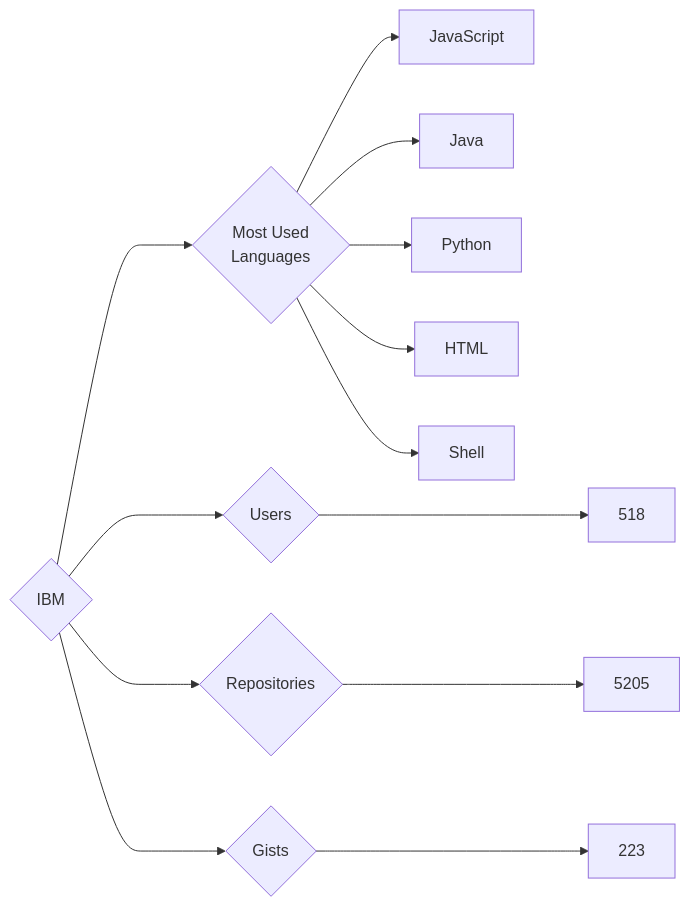
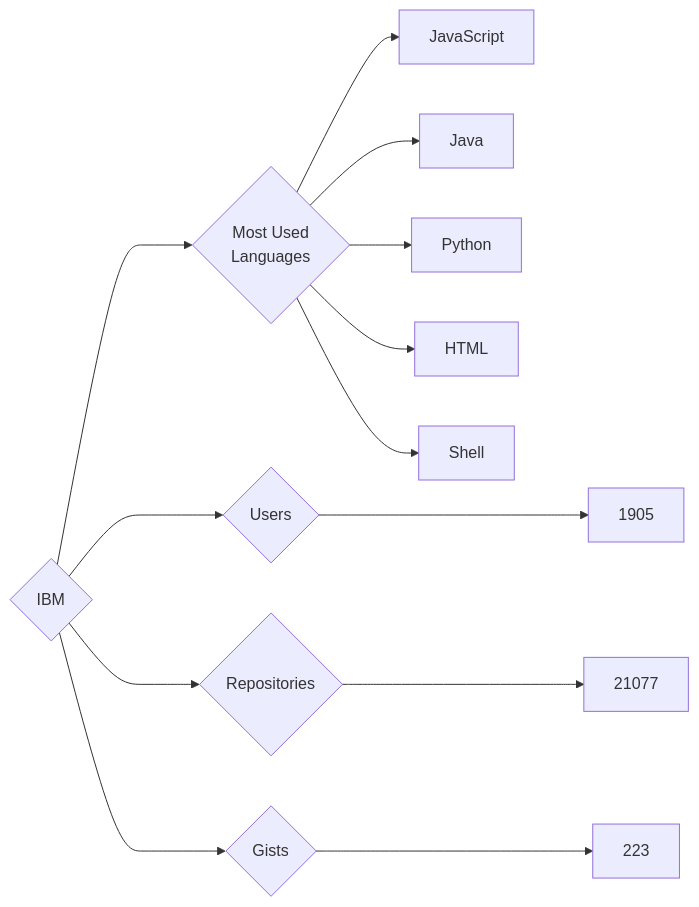
One commit to trickest/insiders changed the diagram in targets/IBM/README.md. Above: the diagram before and after it, drawn with Mermaid. The commit also changed 1020 other files, not shown here.

````diff
--- a/targets/IBM/README.md
+++ b/targets/IBM/README.md
@@ -3,13 +3,13 @@
 ```mermaid
 graph LR
 COMPANY_NAME{IBM}
-COMPANY_NAME ---> U{Users} ---> UN[518]
-COMPANY_NAME ---> R{Repositories} ---> RN[5205]
+COMPANY_NAME ---> U{Users} ---> UN[1905]
+COMPANY_NAME ---> R{Repositories} ---> RN[21077]
 COMPANY_NAME ---> G{Gists} ---> GN[223]
 COMPANY_NAME ---> ML{Most Used<br>Languages}
 ML --> JavaScript[JavaScript]
 ML --> Java[Java]
 ML --> Python[Python]
 ML --> HTML[HTML]
 ML --> Shell[Shell]
 ```
````
